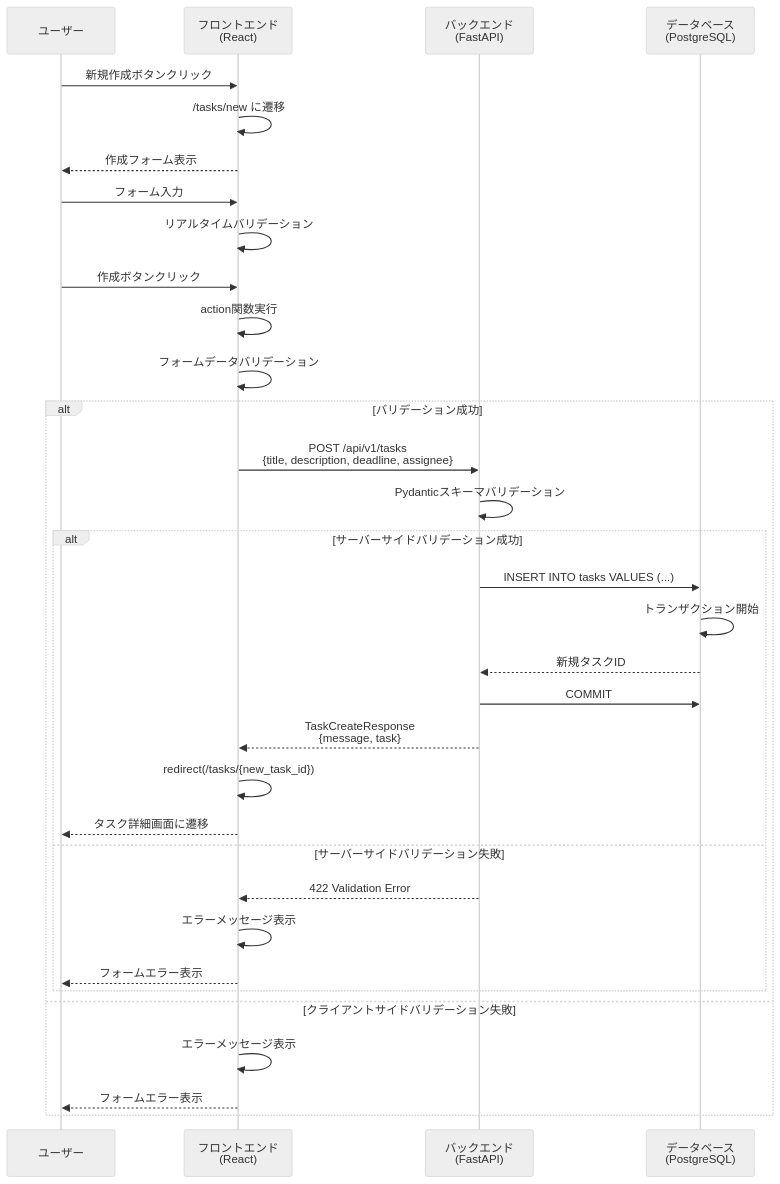
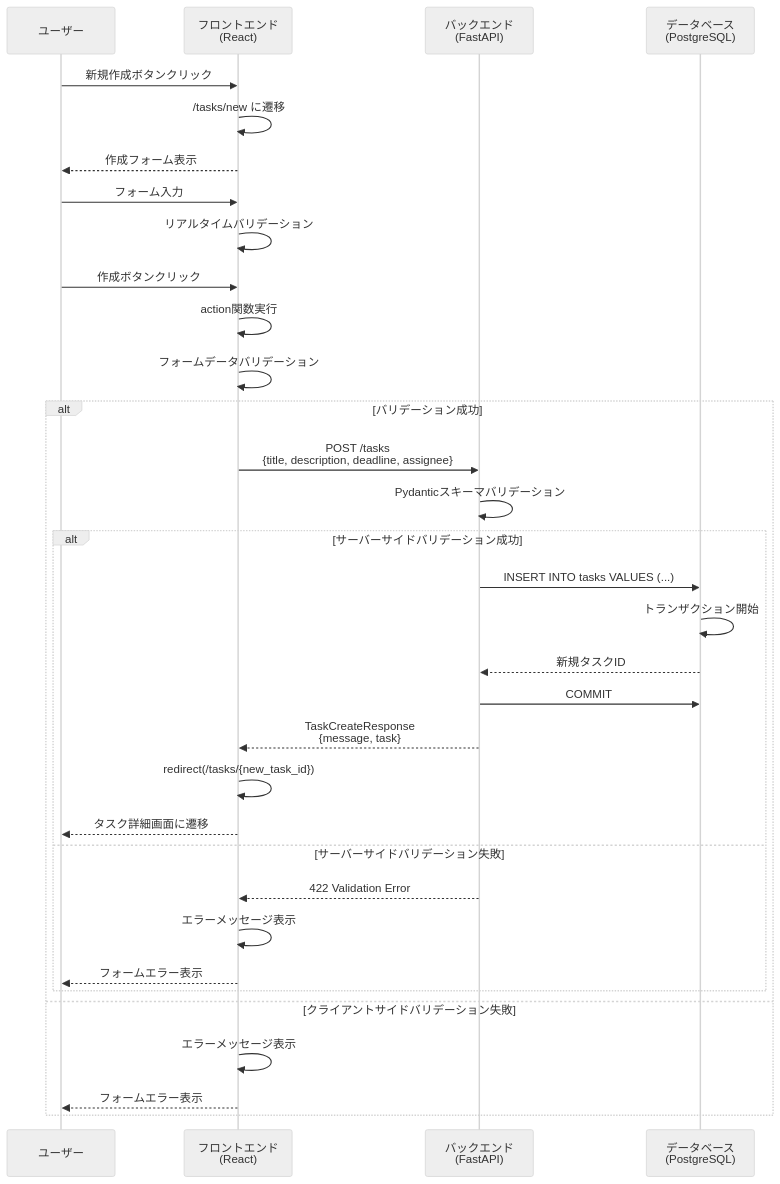
One commit to dbd-fish/claude-code_task-system changed the third of 7 diagrams in doc/基本設計/シーケンス図.md. Above: the diagram before and after it, drawn with Mermaid (neutral theme). The commit also changed other lines of this file and 37 other files, not shown here.

````diff
--- a/doc/基本設計/シーケンス図.md
+++ b/doc/基本設計/シーケンス図.md
@@ -59,40 +59,40 @@
 ```mermaid
 sequenceDiagram
     participant U as ユーザー
     participant F as フロントエンド<br/>(React)
     participant B as バックエンド<br/>(FastAPI)
     participant D as データベース<br/>(PostgreSQL)
 
     U->>F: 新規作成ボタンクリック
     F->>F: /tasks/new に遷移
     F-->>U: 作成フォーム表示
     
     U->>F: フォーム入力
     F->>F: リアルタイムバリデーション
     
     U->>F: 作成ボタンクリック
     F->>F: action関数実行
     F->>F: フォームデータバリデーション
     
     alt バリデーション成功
-        F->>B: POST /api/v1/tasks<br/>{title, description, deadline, assignee}
+        F->>B: POST /tasks<br/>{title, description, deadline, assignee}
         B->>B: Pydanticスキーマバリデーション
         
         alt サーバーサイドバリデーション成功
             B->>D: INSERT INTO tasks VALUES (...)
             D->>D: トランザクション開始
             D-->>B: 新規タスクID
             B->>D: COMMIT
             B-->>F: TaskCreateResponse<br/>{message, task}
             F->>F: redirect(/tasks/{new_task_id})
             F-->>U: タスク詳細画面に遷移
         else サーバーサイドバリデーション失敗
             B-->>F: 422 Validation Error
             F->>F: エラーメッセージ表示
             F-->>U: フォームエラー表示
         end
     else クライアントサイドバリデーション失敗
         F->>F: エラーメッセージ表示
         F-->>U: フォームエラー表示
     end
 ```
````
